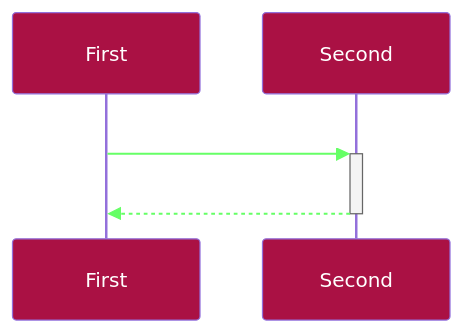
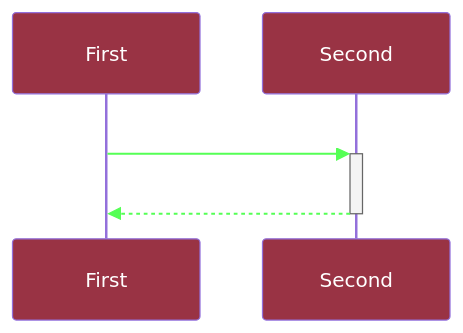
One commit to Kjartanl/mermaid changed the diagram in docs/basics.md. Above: the diagram before and after it, drawn with Mermaid. The commit also changed other lines of this file and 3 other files, not shown here.

````diff
--- a/docs/basics.md
+++ b/docs/basics.md
@@ -45,19 +41,19 @@
 ```mermaid
 sequenceDiagram
 
 %%{
     init: {
         'themeVariables': {
-            'actorBkg': '#aa1144',
+            'actorBkg': '#993344",
             'actorTextColor': '#ffffff',
             'signalTextColor': '#ffffff',
-            'signalColor': '#66ff66'
+            'signalColor': '#55ff55'
         }
     }
 }%%
 
 participant A as First
 participant B as Second
 A->>+B:  Message
 B-->>-A:  Response
 ```
````
